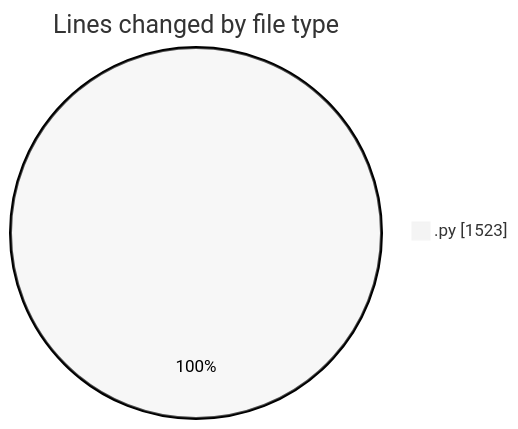
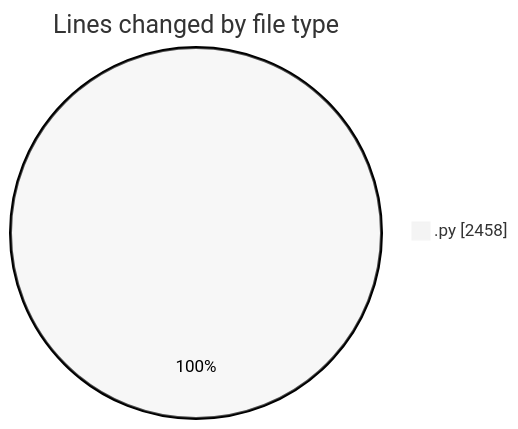
One commit to jrari/code-tracking changed the first of 2 diagrams in 2025-07-14/telebot/README.md. Above: the diagram before and after it, drawn with Mermaid (neutral theme). The commit also changed other lines of this file and 1 other file, not shown here.

````diff
--- a/2025-07-14/telebot/README.md
+++ b/2025-07-14/telebot/README.md
@@ -22,5 +23,5 @@
 ```mermaid
 pie showData
 title Lines changed by file type
-".py" : 1523
+".py" : 2458
 ```
````
